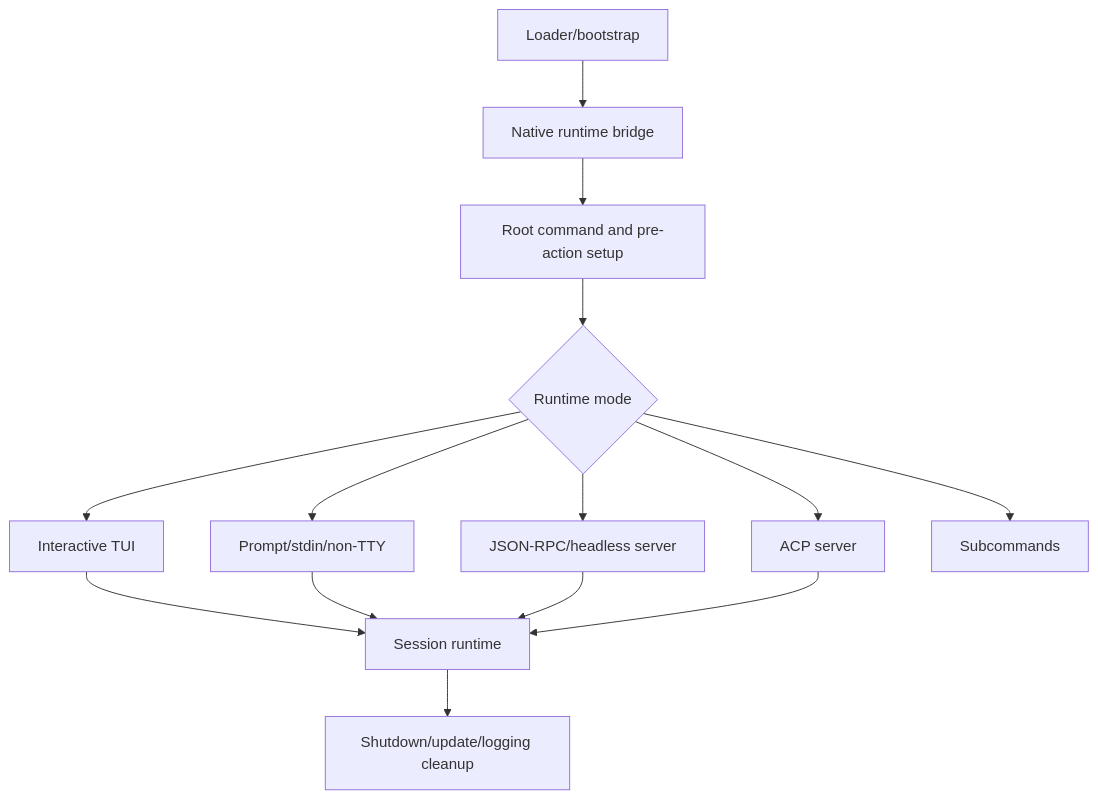
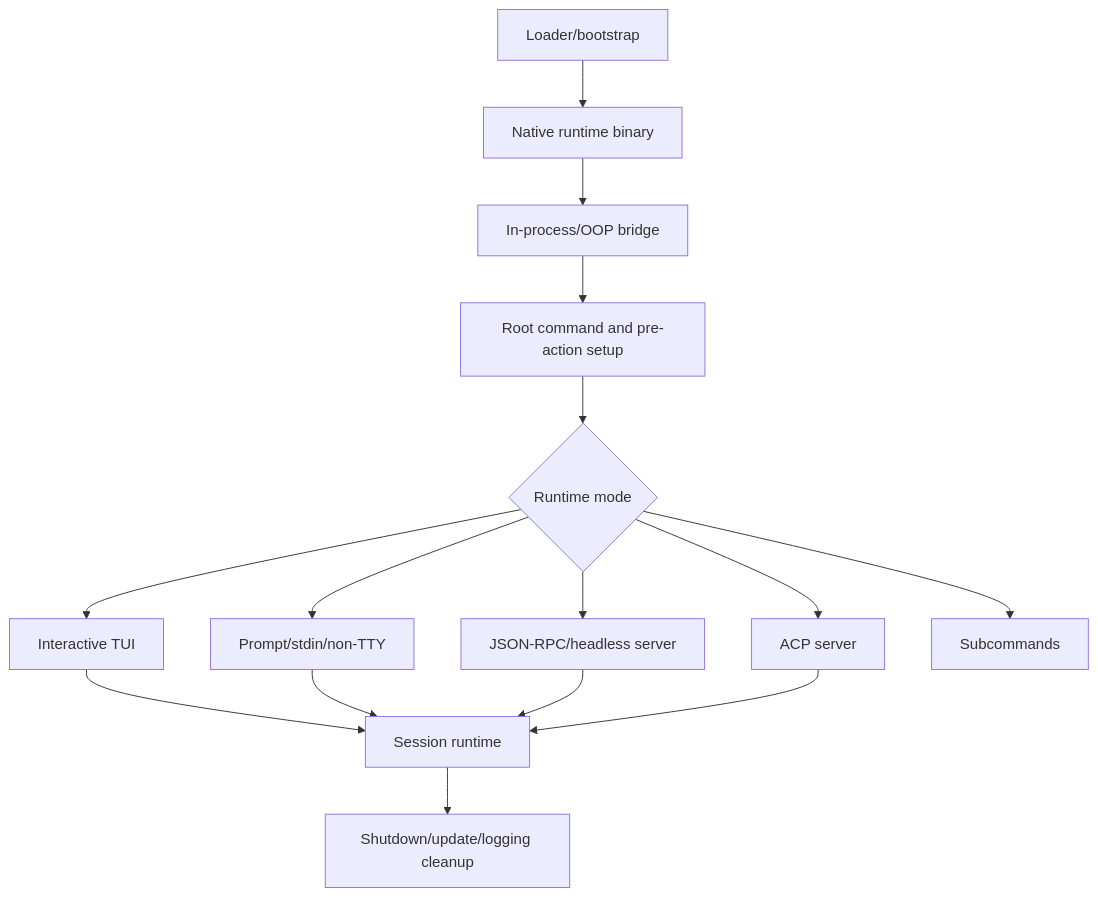
One commit to vibewatch/copilot-cli-internals changed the diagram in docs/01-runtime-lifecycle/README.md. Above: the diagram before and after it, drawn with Mermaid. The commit also changed other lines of this file and 13 other files, not shown here.

First line of the commit message:
Enhance documentation for native runtime architecture and CLI integration

````diff
--- a/docs/01-runtime-lifecycle/README.md
+++ b/docs/01-runtime-lifecycle/README.md
@@ -18,23 +18,25 @@
 ```mermaid
 flowchart TD
-    Loader[Loader/bootstrap] --> Native[Native runtime bridge]
+    Loader[Loader/bootstrap] --> Binary[Native runtime binary]
+    Binary --> Native[In-process/OOP bridge]
     Native --> Root[Root command and pre-action setup]
     Root --> Dispatch{Runtime mode}
     Dispatch --> TUI[Interactive TUI]
     Dispatch --> Prompt[Prompt/stdin/non-TTY]
     Dispatch --> Server[JSON-RPC/headless server]
     Dispatch --> ACP[ACP server]
     Dispatch --> Commands[Subcommands]
     TUI --> Sessions[Session runtime]
     Prompt --> Sessions
     Server --> Sessions
     ACP --> Sessions
     Sessions --> Shutdown[Shutdown/update/logging cleanup]
 
     click Loader "./loader-bootstrap/" "Open loader and bootstrap"
+    click Binary "./native-runtime-binary/" "Open native runtime binary architecture"
     click Native "./out-of-process-native-runtime/" "Open native runtime bridge"
     click Root "./mode-dispatch-and-runtime-startup/" "Open Mode dispatch and runtime startup"
     click TUI "./tui-and-slash-commands/" "Open TUI and slash commands"
     click Server "./embedded-server-acp-protocol/" "Open embedded server and ACP"
     click Shutdown "../05-hosted-agent-ops/telemetry-update-and-shutdown/" "Open observability and shutdown"
 ```
````
